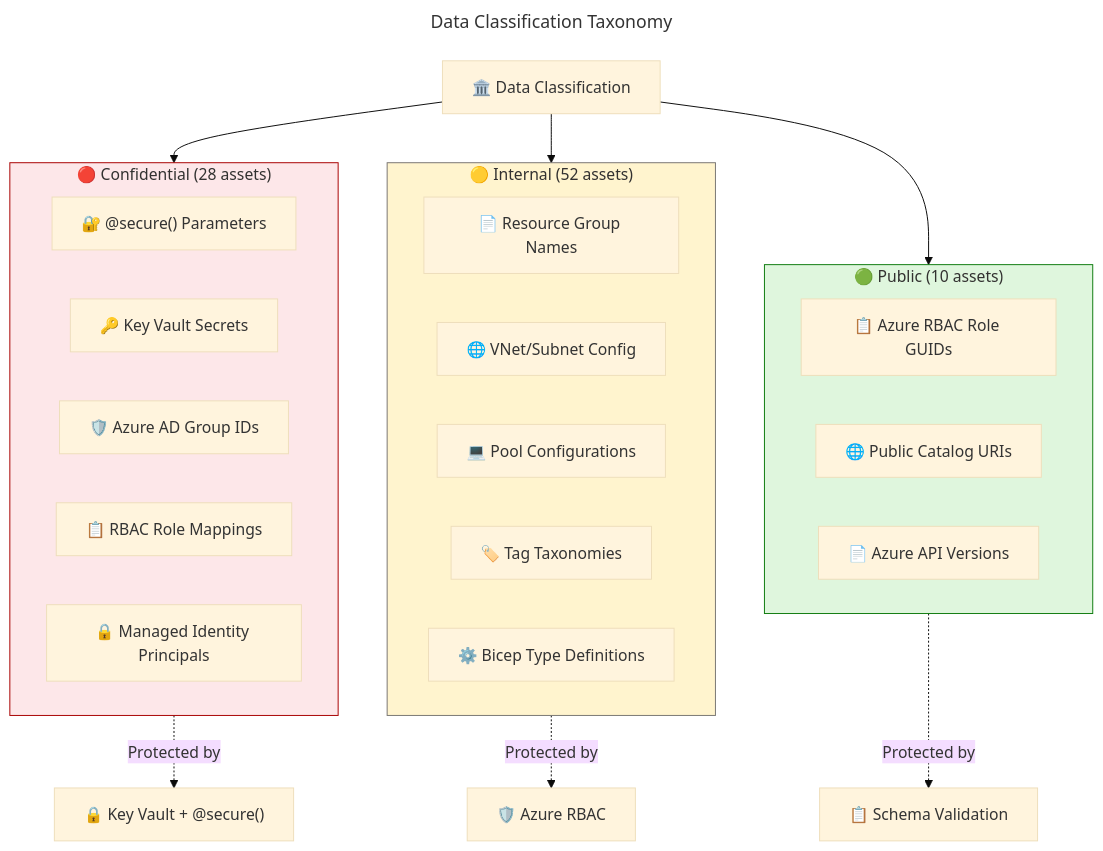
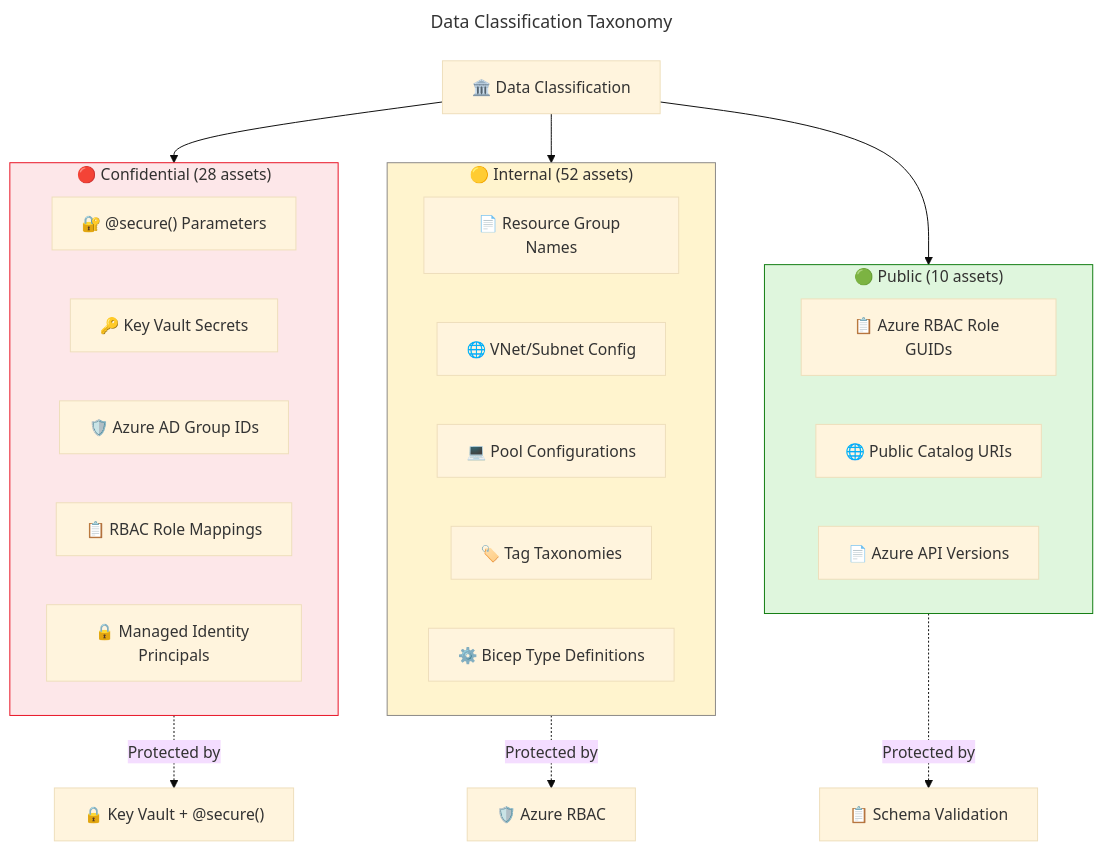
Before and after one commit to Evilazaro/DevExp-DevBox: the fourth of 9 diagrams in docs/architecture/data-architecture.md, drawn with Mermaid. The commit also changed other lines of this file, not shown here.

Commit message:
style: update color codes in flowcharts for improved visibility and consistency

````diff
--- a/docs/architecture/data-architecture.md
+++ b/docs/architecture/data-architecture.md
@@ -484,60 +484,60 @@
 ```mermaid
 ---
 title: Data Classification Taxonomy
 config:
   theme: base
   look: classic
   layout: dagre
   themeVariables:
     fontSize: '16px'
 ---
 flowchart TD
     %% ═══════════════════════════════════════════════════════════════════════════
     %% AZURE / FLUENT ARCHITECTURE PATTERN v1.1
     %% (Semantic + Structural + Font + Accessibility Governance)
     %% ═══════════════════════════════════════════════════════════════════════════
     %% PHASE 1 - STRUCTURAL: Direction explicit, flat topology, nesting ≤ 3
     %% PHASE 2 - SEMANTIC: Colors justified, max 5 semantic classes, neutral-first
     %% PHASE 3 - FONT: Dark text on light backgrounds, contrast ≥ 4.5:1
     %% PHASE 4 - ACCESSIBILITY: accTitle/accDescr present, icons on all nodes
     %% PHASE 5 - STANDARD: Governance block present, classDefs centralized
     %% ═══════════════════════════════════════════════════════════════════════════
 
     accTitle: Data Classification Taxonomy
     accDescr: Hierarchical classification of data assets from confidential through internal to public with protection controls
 
     ROOT["🏛️ Data Classification"]
 
     subgraph CONF["🔴 Confidential (28 assets)"]
         C1["🔐 @secure() Parameters"]
         C2["🔑 Key Vault Secrets"]
         C3["🛡️ Azure AD Group IDs"]
         C4["📋 RBAC Role Mappings"]
         C5["🔒 Managed Identity Principals"]
     end
-    style CONF fill:#FDE7E9,stroke:#A80000,color:#323130
+    style CONF fill:#FDE7E9,stroke:#E81123,color:#323130
 
     subgraph INT["🟡 Internal (52 assets)"]
         I1["📄 Resource Group Names"]
         I2["🌐 VNet/Subnet Config"]
         I3["💻 Pool Configurations"]
         I4["🏷️ Tag Taxonomies"]
         I5["⚙️ Bicep Type Definitions"]
     end
-    style INT fill:#FFF4CE,stroke:#797673,color:#323130
+    style INT fill:#FFF4CE,stroke:#8A8886,color:#323130
 
     subgraph PUB["🟢 Public (10 assets)"]
         P1["📋 Azure RBAC Role GUIDs"]
         P2["🌐 Public Catalog URIs"]
         P3["📄 Azure API Versions"]
     end
     style PUB fill:#DFF6DD,stroke:#107C10,color:#323130
 
     ROOT --> CONF
     ROOT --> INT
     ROOT --> PUB
 
     CONF -.->|"Protected by"| PROT1["🔒 Key Vault + @secure()"]
     INT -.->|"Protected by"| PROT2["🛡️ Azure RBAC"]
     PUB -.->|"Protected by"| PROT3["📋 Schema Validation"]
 ```
````
